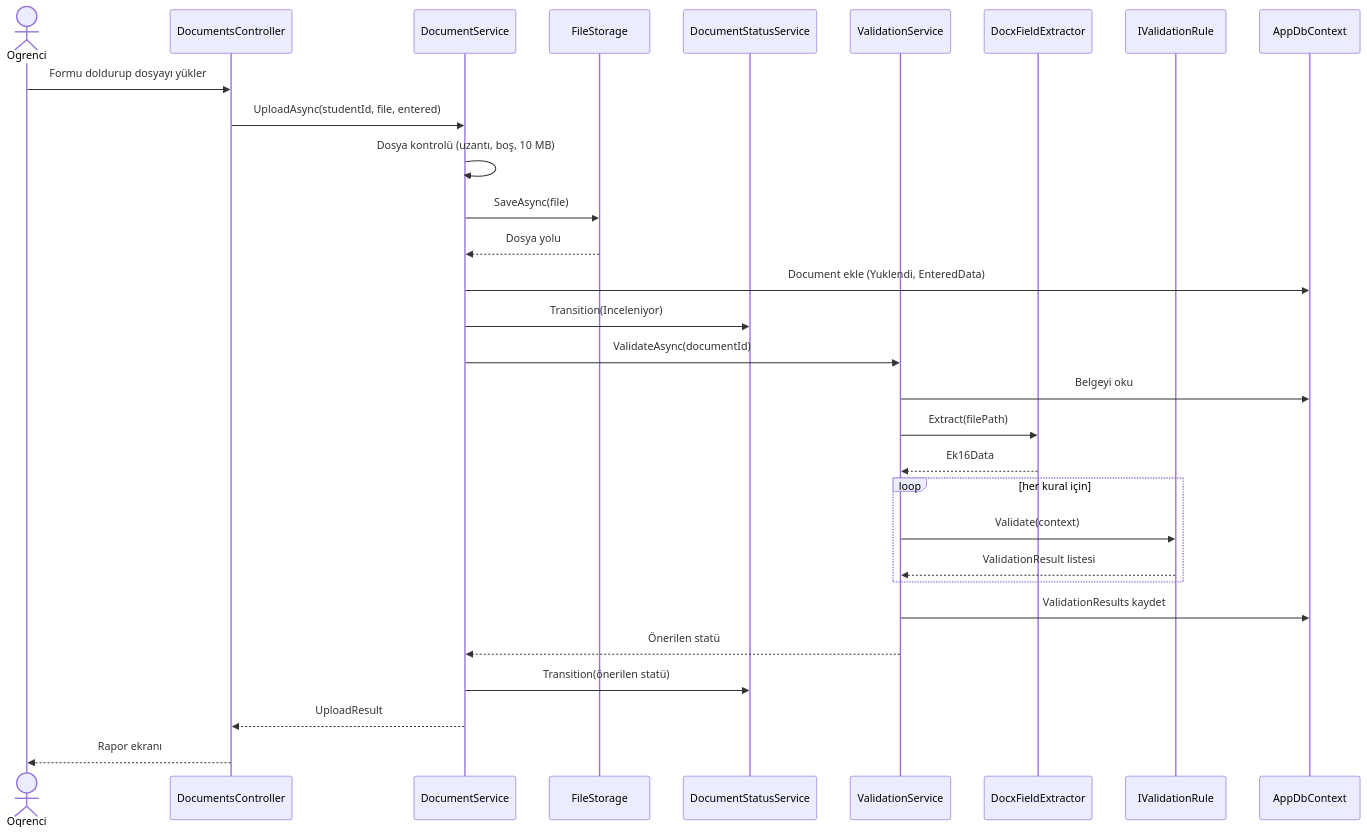
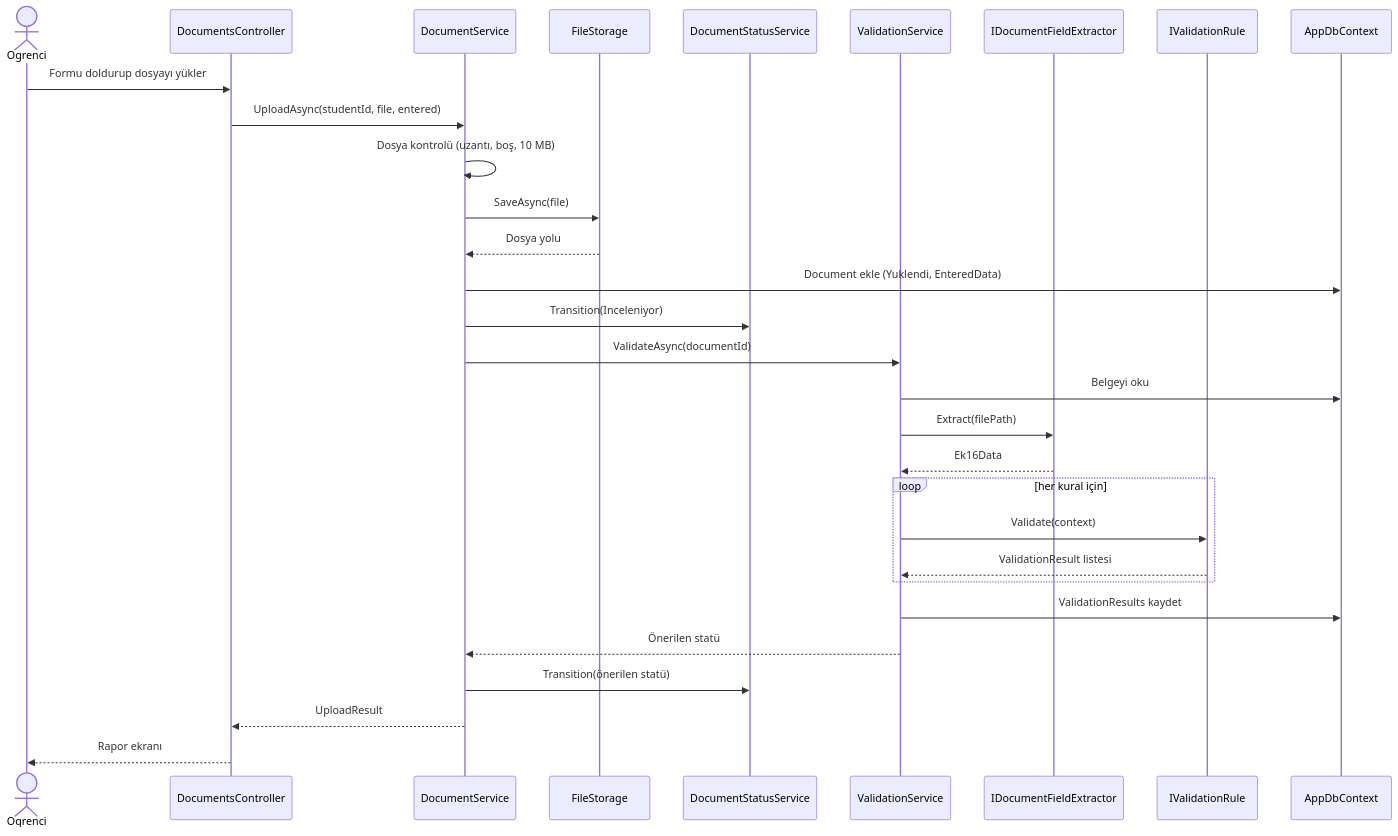
The diagram in Diyagramlar/sequence-yukleme.md (oyku2707/Prolab-3---Staj-Evrak-Dogrulama-ve-Yonetim-Sistemi), drawn with Mermaid before and after one commit. The commit also changed 1 other file, not shown here.

Commit message:
Diyagramlar güncellendi: JpegFieldExtractor, StudentId int?, sequence katılımcısı

````diff
--- a/Diyagramlar/sequence-yukleme.md
+++ b/Diyagramlar/sequence-yukleme.md
@@ -3,33 +3,33 @@
 ```mermaid
   sequenceDiagram
     actor Ogrenci
     participant Ctrl as DocumentsController
     participant DS as DocumentService
     participant FS as FileStorage
     participant ST as DocumentStatusService
     participant VS as ValidationService
-    participant Ext as DocxFieldExtractor
+    participant Ext as IDocumentFieldExtractor
     participant Rule as IValidationRule
     participant DB as AppDbContext
 
     Ogrenci->>Ctrl: Formu doldurup dosyayı yükler
     Ctrl->>DS: UploadAsync(studentId, file, entered)
     DS->>DS: Dosya kontrolü (uzantı, boş, 10 MB)
     DS->>FS: SaveAsync(file)
     FS-->>DS: Dosya yolu
     DS->>DB: Document ekle (Yuklendi, EnteredData)
     DS->>ST: Transition(Inceleniyor)
     DS->>VS: ValidateAsync(documentId)
     VS->>DB: Belgeyi oku
     VS->>Ext: Extract(filePath)
     Ext-->>VS: Ek16Data
     loop her kural için
         VS->>Rule: Validate(context)
         Rule-->>VS: ValidationResult listesi
     end
     VS->>DB: ValidationResults kaydet
     VS-->>DS: Önerilen statü
     DS->>ST: Transition(önerilen statü)
     DS-->>Ctrl: UploadResult
     Ctrl-->>Ogrenci: Rapor ekranı
    ```
````
